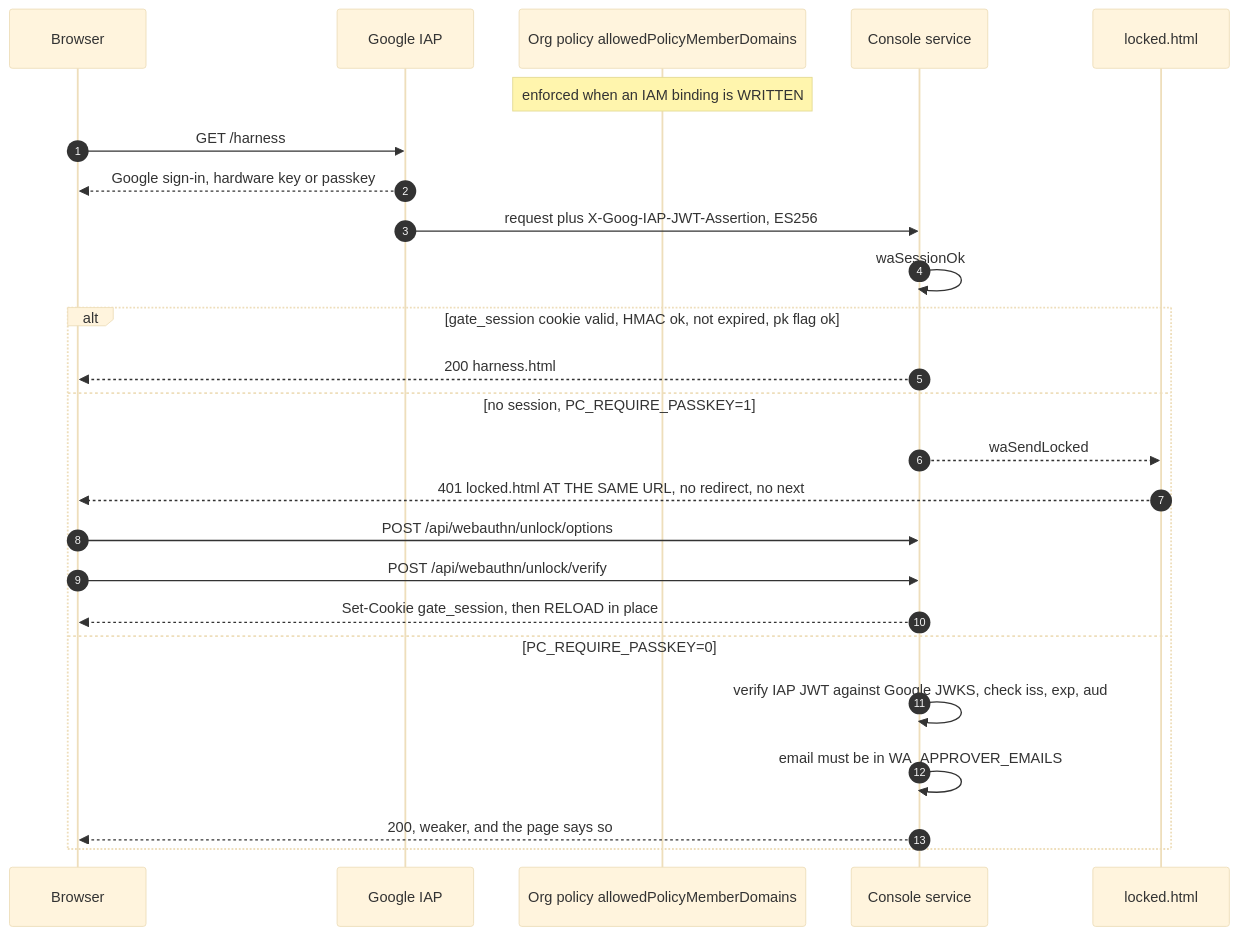
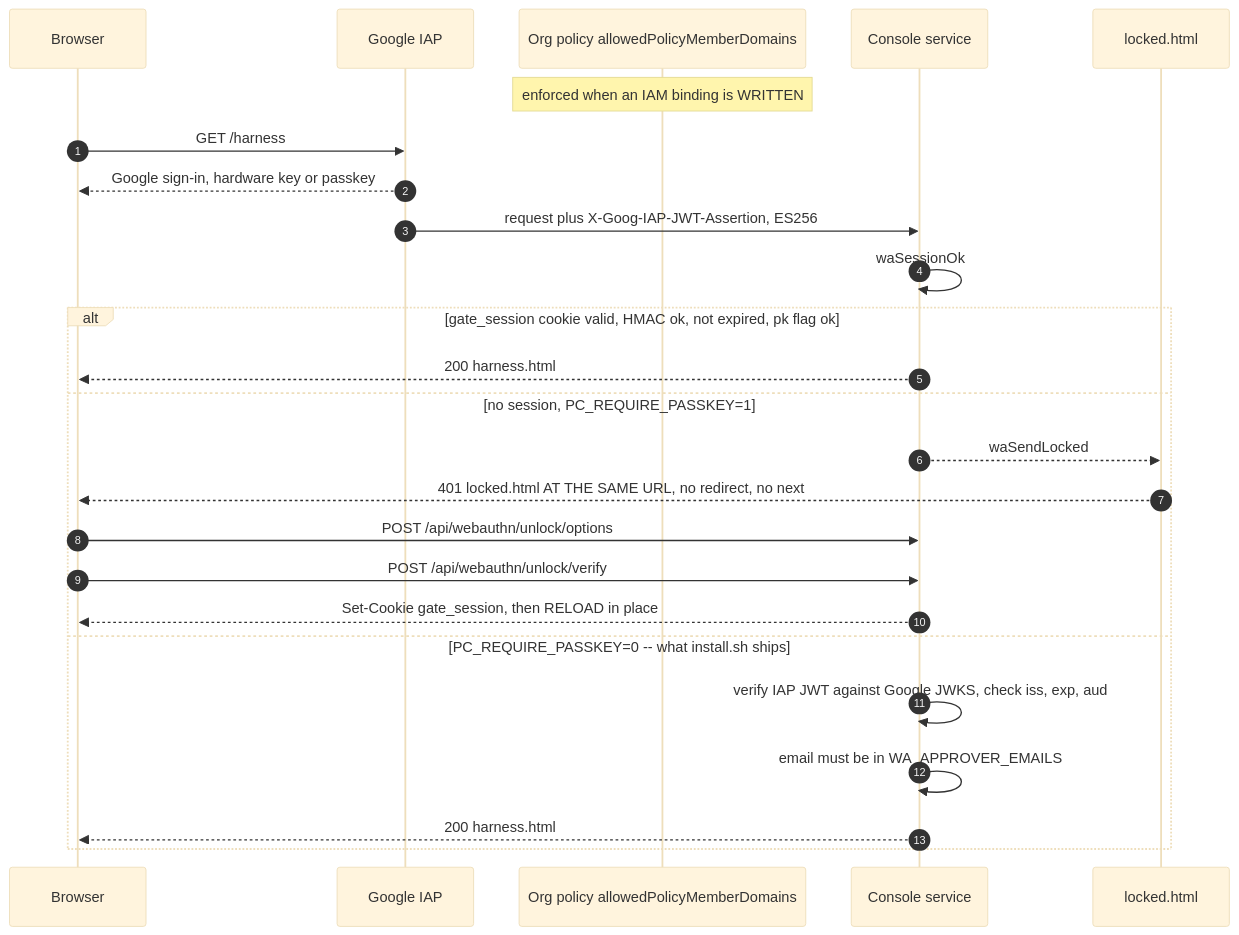
One commit to paracoding-ai/paracoding-oss changed the second of 5 diagrams in wiki/pages/architecture.md. Above: the diagram before and after it, drawn with Mermaid (base theme). The commit also changed other lines of this file and 10 other files, not shown here.

````diff
--- a/wiki/pages/architecture.md
+++ b/wiki/pages/architecture.md
@@ -141,29 +141,29 @@
 ```mermaid
 sequenceDiagram
   autonumber
   participant B as Browser
   participant IAP as Google IAP
   participant ORG as Org policy allowedPolicyMemberDomains
   participant CP as Console service
   participant L as locked.html
 
   Note over ORG: enforced when an IAM binding is WRITTEN
   B->>IAP: GET /harness
   IAP-->>B: Google sign-in, hardware key or passkey
   IAP->>CP: request plus X-Goog-IAP-JWT-Assertion, ES256
   CP->>CP: waSessionOk
 
   alt gate_session cookie valid, HMAC ok, not expired, pk flag ok
     CP-->>B: 200 harness.html
   else no session, PC_REQUIRE_PASSKEY=1
     CP-->>L: waSendLocked
     L-->>B: 401 locked.html AT THE SAME URL, no redirect, no next
     B->>CP: POST /api/webauthn/unlock/options
     B->>CP: POST /api/webauthn/unlock/verify
     CP-->>B: Set-Cookie gate_session, then RELOAD in place
-  else PC_REQUIRE_PASSKEY=0
+  else PC_REQUIRE_PASSKEY=0 -- what install.sh ships
     CP->>CP: verify IAP JWT against Google JWKS, check iss, exp, aud
     CP->>CP: email must be in WA_APPROVER_EMAILS
-    CP-->>B: 200, weaker, and the page says so
+    CP-->>B: 200 harness.html
   end
 ```
````
